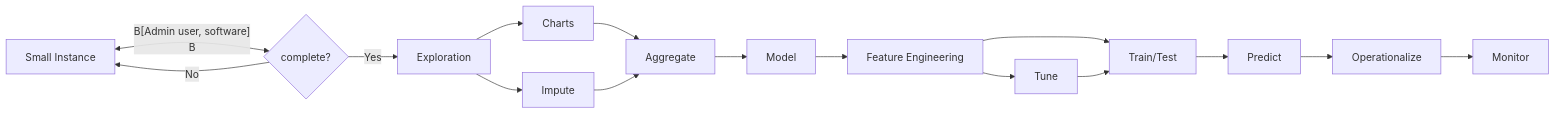
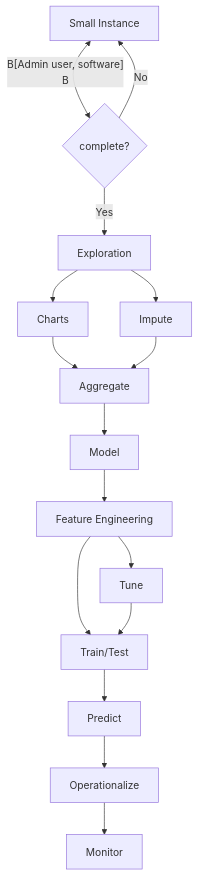
One commit to AntibodyEngineers/2024-Antibodies-and-AI changed the diagram in getting-started.md. Above: the diagram before and after it, drawn with Mermaid.

````diff
--- a/getting-started.md
+++ b/getting-started.md
@@ -7,20 +7,20 @@
 ```mermaid
-    flowchart LR
+    flowchart TD
     
     A[Small Instance] <-- B[Admin user, software]
     B -->C{complete?}
     C-->|Yes|D[Exploration]
     C-->|No|A
     D --> E[Charts]
     D --> F[Impute]
     E --> G[Aggregate]
     F --> G
     G --> H[Model]
     H --> I[Feature Engineering]
     I --> J[Train/Test]
     I --> K[Tune]
     K --> J
     J --> L[Predict]
     L --> M[Operationalize]
     M --> N[Monitor]
 ```
````
